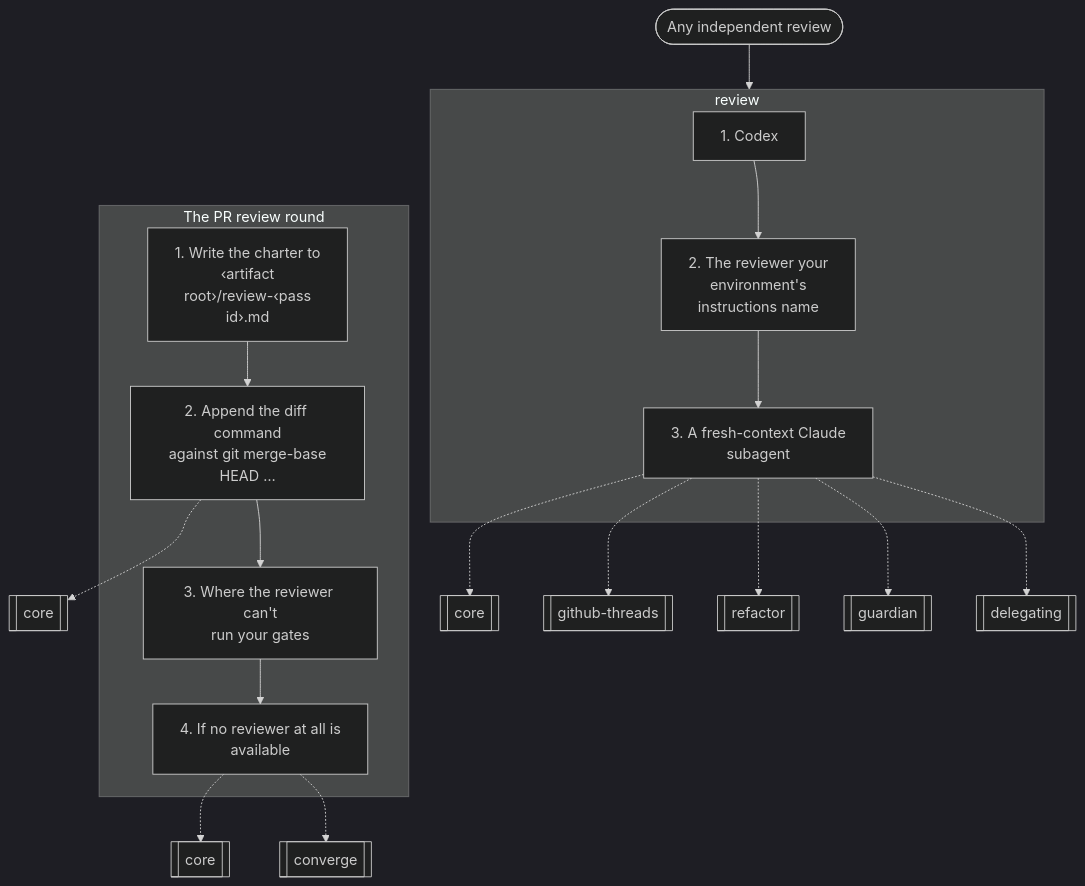
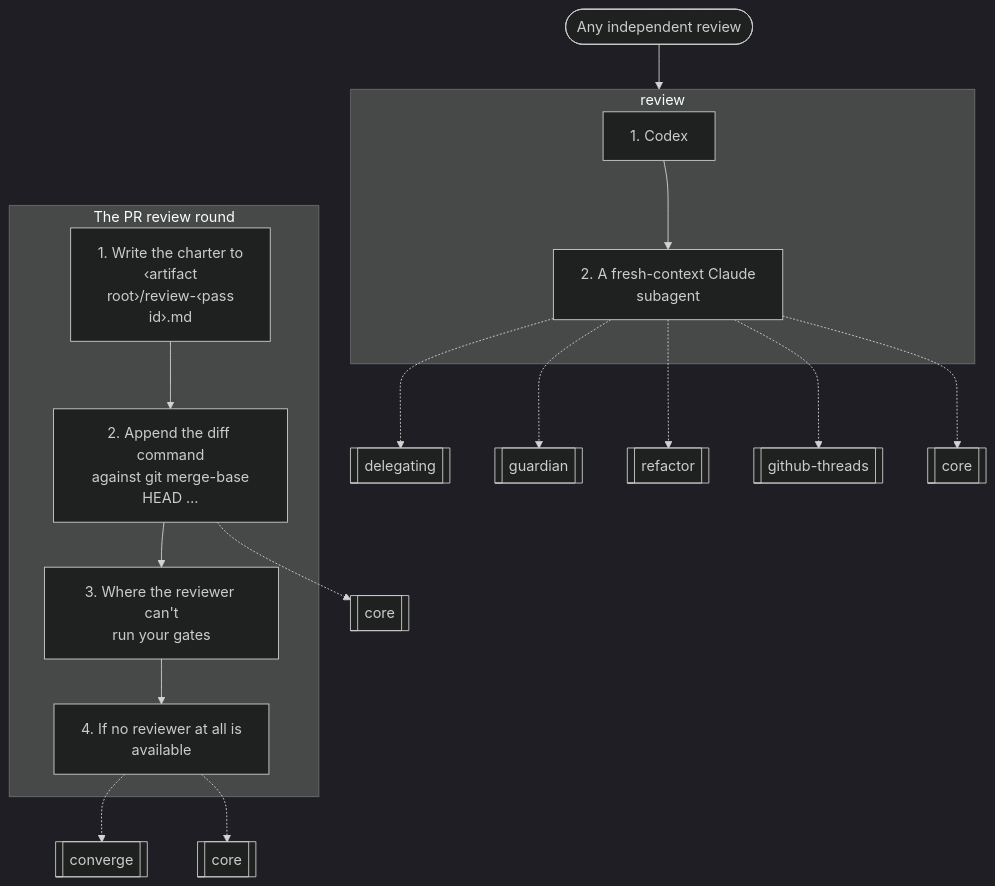
One commit to nitedani/mergeworthy changed diagram 12 of 14 in docs/graphs.md. Above: the diagram before and after it, drawn with Mermaid (dark theme). The commit also changed 4 other files, not shown here.

Commit message:
Plain defaults instead of 'what your environment names': Codex, else a fresh Claude reviewer; routine work on sonnet

````diff
--- a/docs/graphs.md
+++ b/docs/graphs.md
@@ -313,30 +313,28 @@
 ```mermaid
 flowchart TB
   start(["Any independent review"])
   subgraph g0["review"]
     s0["1. Codex"]
-    s1["2. The reviewer your<br/>environment's<br/>instructions name"]
+    s1["2. A fresh-context Claude<br/>subagent"]
     s0 --> s1
-    s2["3. A fresh-context Claude<br/>subagent"]
-    s1 --> s2
   end
-  s2 -.-> r1[["delegating"]]
-  s2 -.-> r2[["guardian"]]
-  s2 -.-> r3[["refactor"]]
-  s2 -.-> r4[["github-threads"]]
-  s2 -.-> r5[["core"]]
+  s1 -.-> r1[["delegating"]]
+  s1 -.-> r2[["guardian"]]
+  s1 -.-> r3[["refactor"]]
+  s1 -.-> r4[["github-threads"]]
+  s1 -.-> r5[["core"]]
   subgraph g1["The PR review round"]
-    s3["1. Write the charter to<br/>‹artifact<br/>root›/review-‹pass<br/>id›.md"]
-    s4["2. Append the diff command<br/>against git merge-base<br/>HEAD …"]
+    s2["1. Write the charter to<br/>‹artifact<br/>root›/review-‹pass<br/>id›.md"]
+    s3["2. Append the diff command<br/>against git merge-base<br/>HEAD …"]
+    s2 --> s3
+    s4["3. Where the reviewer can't<br/>run your gates"]
     s3 --> s4
-    s5["3. Where the reviewer can't<br/>run your gates"]
+    s5["4. If no reviewer at all is<br/>available"]
     s4 --> s5
-    s6["4. If no reviewer at all is<br/>available"]
-    s5 --> s6
   end
-  s4 -.-> r6[["core"]]
-  s6 -.-> r7[["converge"]]
-  s6 -.-> r8[["core"]]
+  s3 -.-> r6[["core"]]
+  s5 -.-> r7[["converge"]]
+  s5 -.-> r8[["core"]]
   start --> g0
   g0 ~~~ g1
 ```
````
